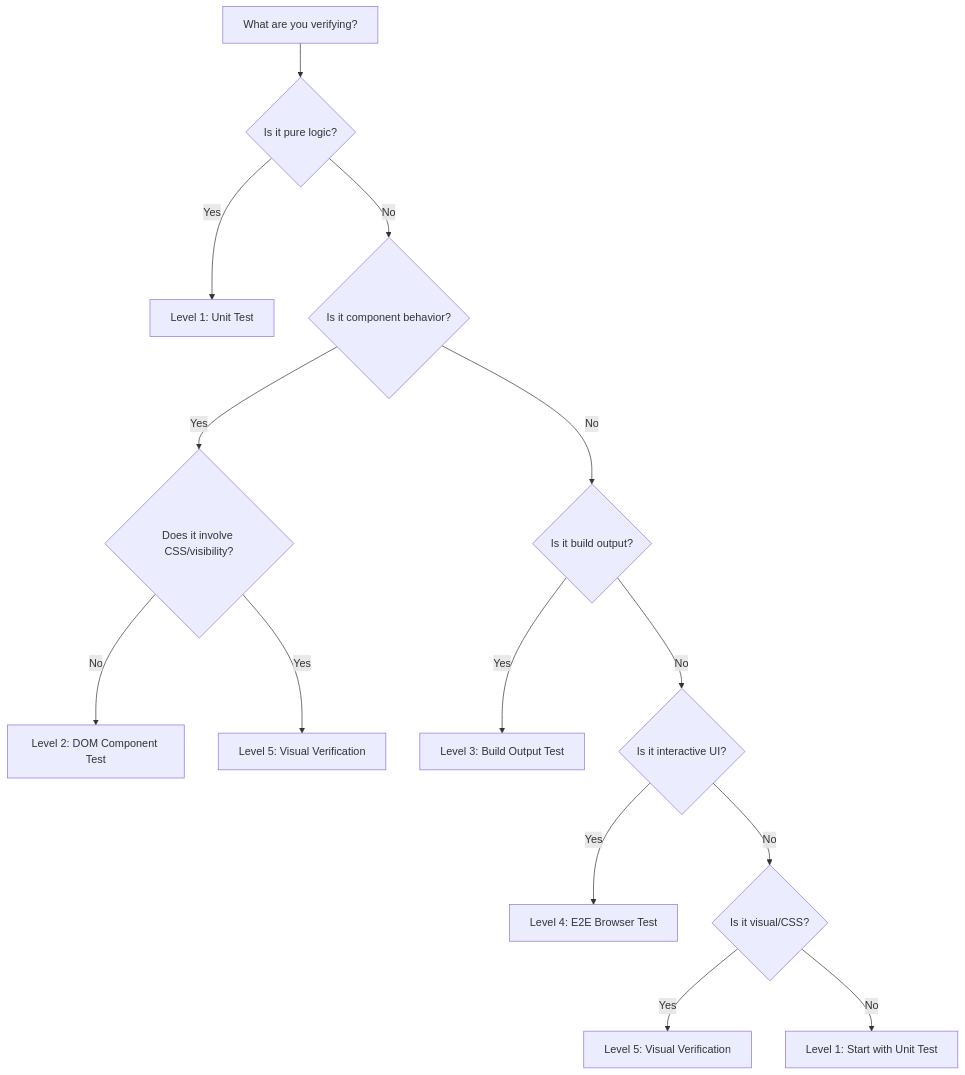
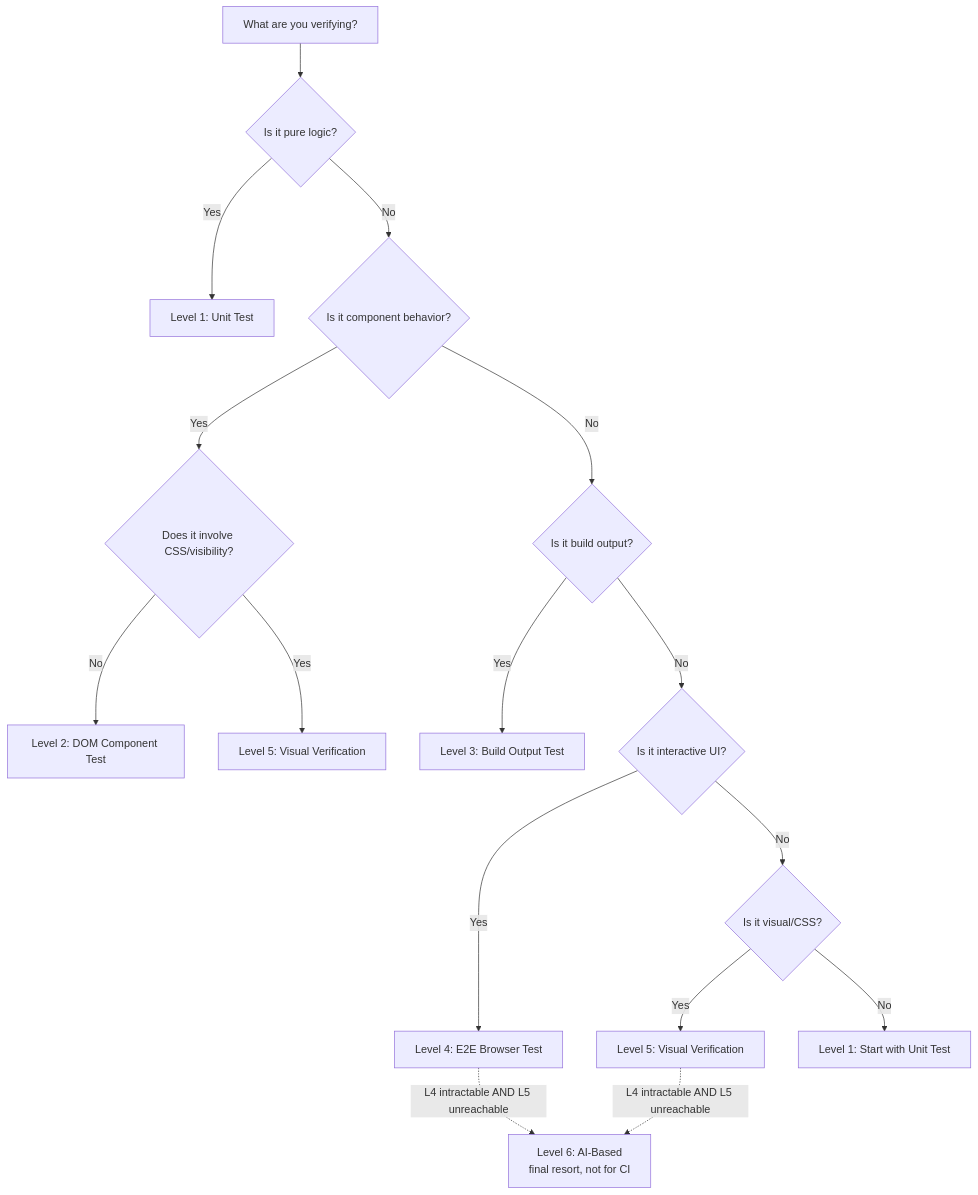
Before and after one commit to Takazudo/zudo-test-wisdom: the diagram in src/content/docs/decision-guide/index.mdx, drawn with Mermaid. The commit also changed other lines of this file and 9 other files, not shown here.

First line of the commit message:
docs: add Level 6 (AI-based visual verification) tier (EN + JA)

````diff
--- a/src/content/docs/decision-guide/index.mdx
+++ b/src/content/docs/decision-guide/index.mdx
@@ -28,16 +29,18 @@
 ```mermaid
 flowchart TD
   A[What are you verifying?] --> B{Is it pure logic?}
   B -->|Yes| L1[Level 1: Unit Test]
   B -->|No| C{Is it component behavior?}
   C -->|Yes| D{Does it involve CSS/visibility?}
   D -->|No| L2[Level 2: DOM Component Test]
   D -->|Yes| L5a[Level 5: Visual Verification]
   C -->|No| E{Is it build output?}
   E -->|Yes| L3[Level 3: Build Output Test]
   E -->|No| F{Is it interactive UI?}
   F -->|Yes| L4[Level 4: E2E Browser Test]
   F -->|No| G{Is it visual/CSS?}
   G -->|Yes| L5b[Level 5: Visual Verification]
   G -->|No| L1b[Level 1: Start with Unit Test]
+  L4 -. L4 intractable AND L5 unreachable .-> L6[Level 6: AI-Based<br/>final resort, not for CI]
+  L5b -. L4 intractable AND L5 unreachable .-> L6
 ```
````
